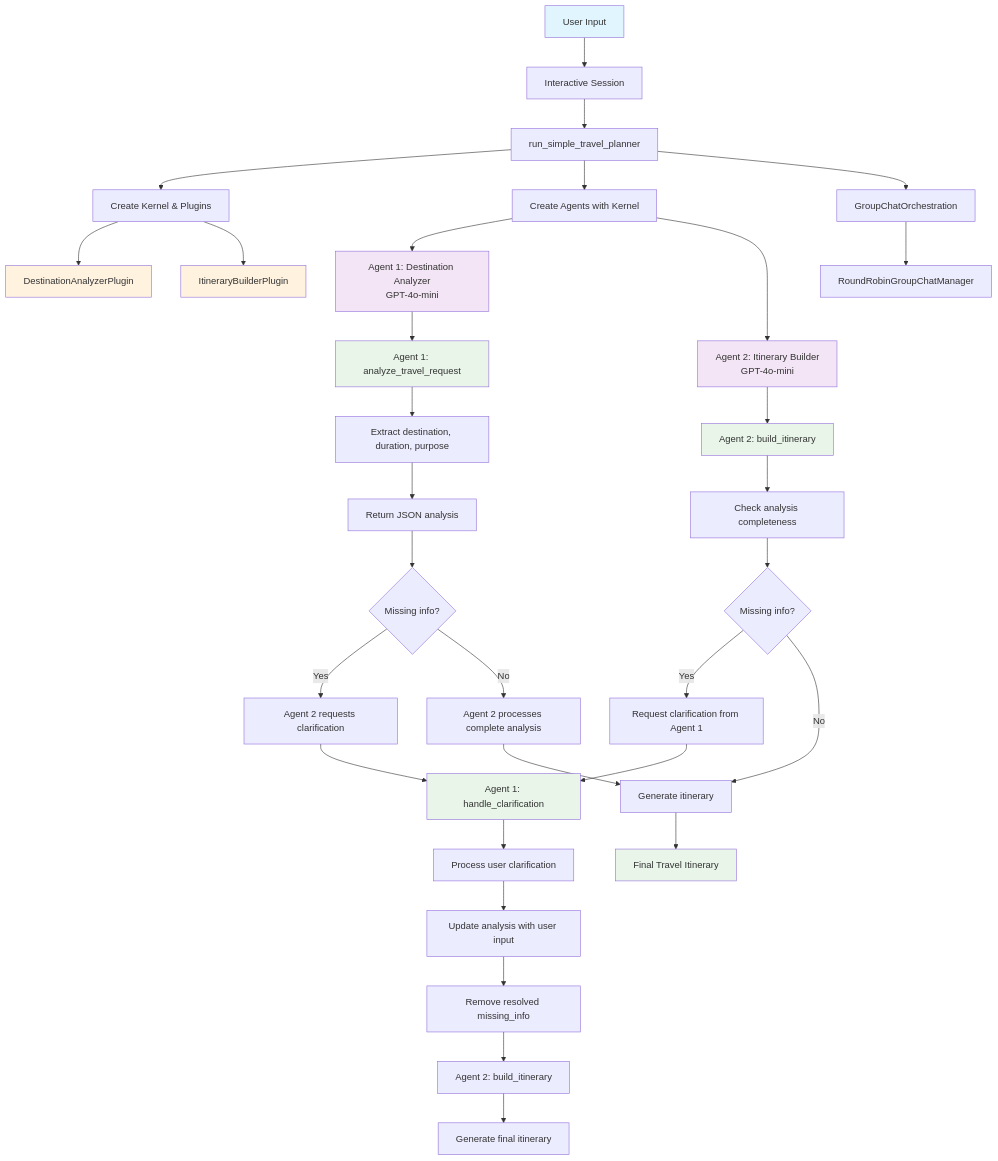
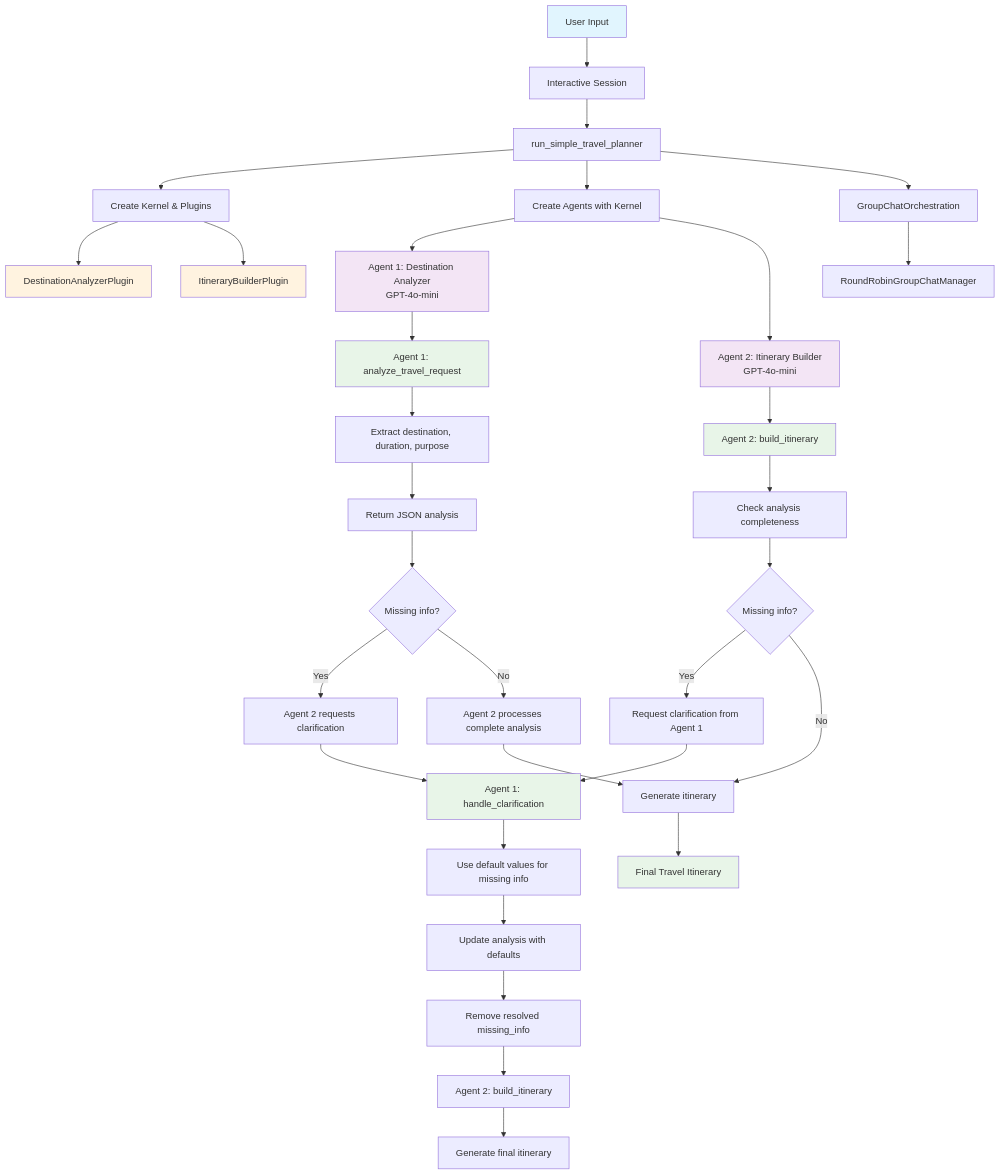
One commit to iamask/multi-agent-travel-planner changed the first of 2 diagrams in README.md. Above: the diagram before and after it, drawn with Mermaid. The commit also changed 1 other file, not shown here.

Commit message:
user feedback logic removed; Agent 1 gives default values

````diff
--- a/README.md
+++ b/README.md
@@ -45,51 +45,51 @@
 ```mermaid
 flowchart TD
     A[User Input] --> B[Interactive Session]
     B --> C[run_simple_travel_planner]
     C --> D[Create Kernel & Plugins]
     D --> E[DestinationAnalyzerPlugin]
     D --> F[ItineraryBuilderPlugin]
     C --> G[Create Agents with Kernel]
     G --> H[Agent 1: Destination Analyzer<br/>GPT-4o-mini]
     G --> I[Agent 2: Itinerary Builder<br/>GPT-4o-mini]
     C --> J[GroupChatOrchestration]
     J --> K[RoundRobinGroupChatManager]
 
     %% Agent 1 Components
     H --> L[Agent 1: analyze_travel_request]
     L --> M[Extract destination, duration, purpose]
     M --> N[Return JSON analysis]
     N --> O{Missing info?}
     O -->|Yes| P[Agent 2 requests clarification]
     O -->|No| Q[Agent 2 processes complete analysis]
 
     %% Agent 2 Components
     I --> R[Agent 2: build_itinerary]
     R --> S[Check analysis completeness]
     S --> T{Missing info?}
     T -->|Yes| U[Request clarification from Agent 1]
     T -->|No| V[Generate itinerary]
 
     %% Feedback Loop
     P --> W[Agent 1: handle_clarification]
     U --> W
-    W --> X[Process user clarification]
-    X --> Y[Update analysis with user input]
+    W --> X[Use default values for missing info]
+    X --> Y[Update analysis with defaults]
     Y --> Z[Remove resolved missing_info]
     Z --> AA[Agent 2: build_itinerary]
     AA --> BB[Generate final itinerary]
 
     Q --> V
     V --> CC[Final Travel Itinerary]
 
     %% Styling
     style A fill:#e1f5fe
     style H fill:#f3e5f5
     style I fill:#f3e5f5
     style E fill:#fff3e0
     style F fill:#fff3e0
     style L fill:#e8f5e8
     style R fill:#e8f5e8
     style W fill:#e8f5e8
     style CC fill:#e8f5e8
 ```
````
